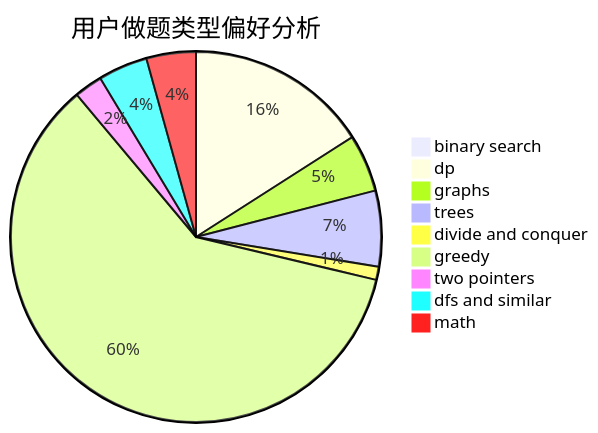
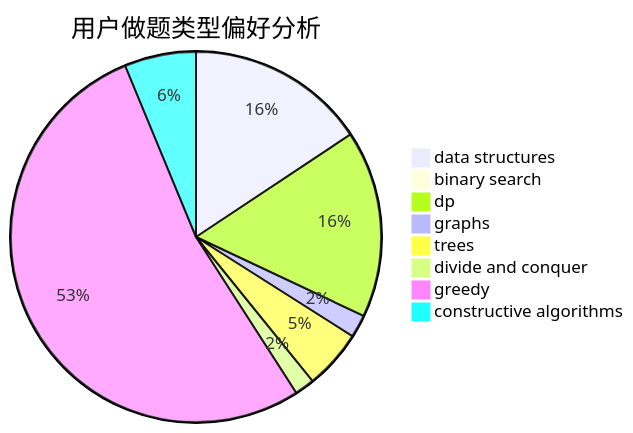
The second of 3 diagrams in docs/user/u1580.md (sherpahu/cfrs.github.io), drawn with Mermaid before and after one commit. The commit also changed other lines of this file and 2775 other files, not shown here.

````diff
--- a/docs/user/u1580.md
+++ b/docs/user/u1580.md
@@ -23,12 +23,11 @@
 ```mermaid
 pie title 用户做题类型偏好分析
-    "binary search" :  9
-    "dp" :  181
-    "graphs" :  57
-    "trees" :  75
+    "data structures" :  118
+    "binary search" :  0
+    "dp" :  123
+    "graphs" :  15
+    "trees" :  39
     "divide and conquer" :  13
-    "greedy" :  683
-    "two pointers" :  28
-    "dfs and similar" :  49
-    "math" :  49
+    "greedy" :  398
+    "constructive algorithms" :  47
 ```
````
